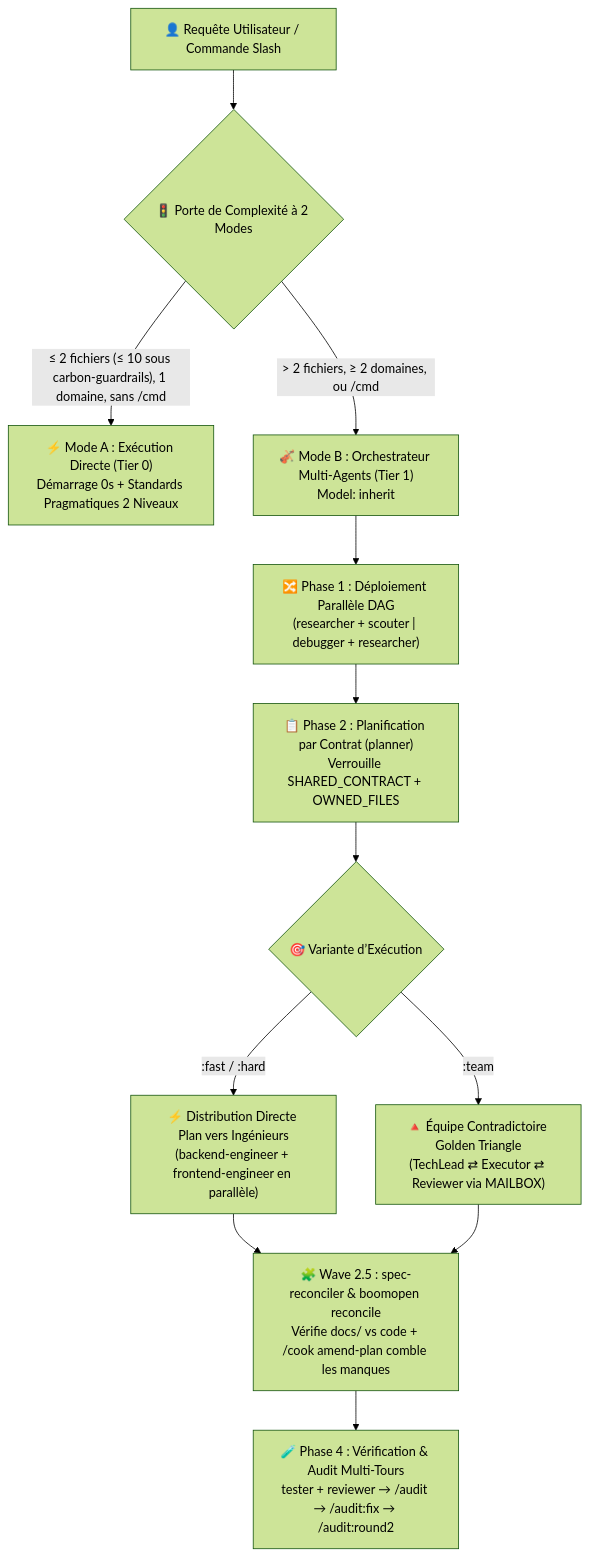
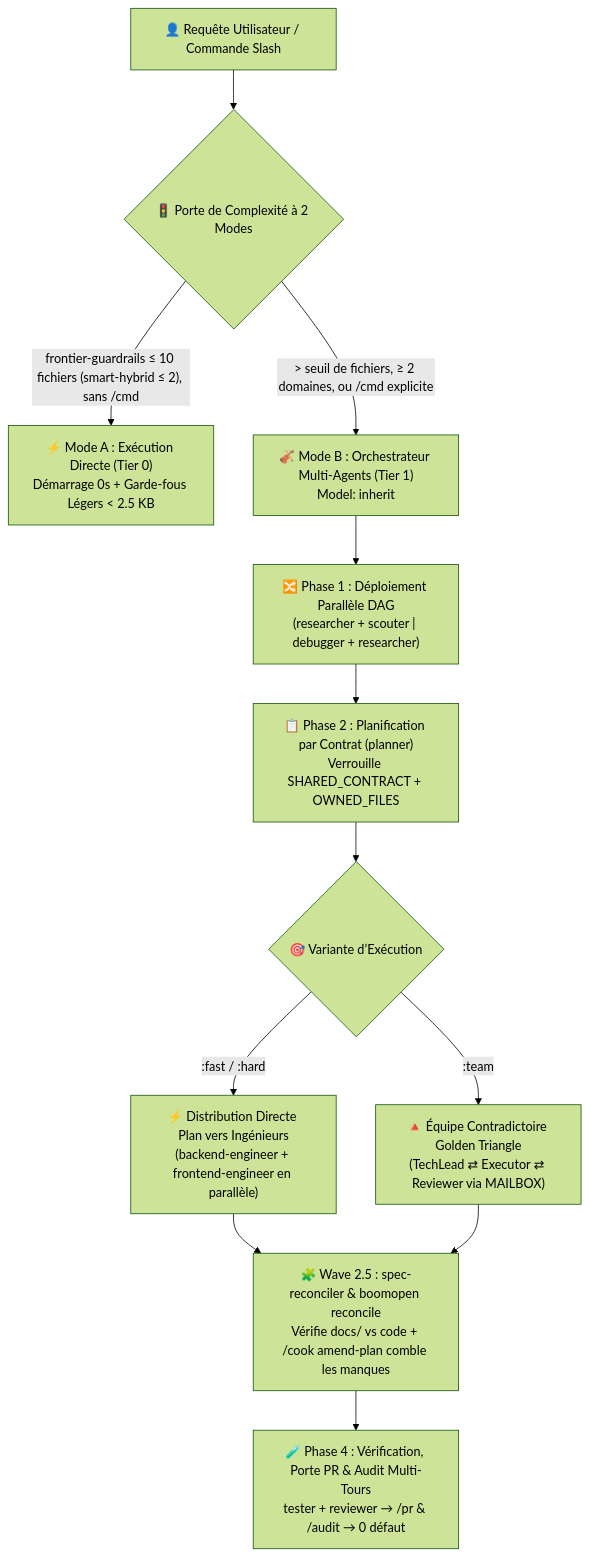
Before and after one commit to Kennyboom/BoomOpen-Workflow-Kit-Pro: the diagram in i18n/README.fr.md, drawn with Mermaid (forest theme). The commit also changed other lines of this file and 99 other files, not shown here.

````diff
--- a/i18n/README.fr.md
+++ b/i18n/README.fr.md
@@ -49,17 +57,17 @@
 ```mermaid
 flowchart TD
     User["👤 Requête Utilisateur / Commande Slash"] --> Gate{"🚦 Porte de Complexité à 2 Modes"}
-    Gate -->|"≤ 2 fichiers (≤ 10 sous carbon-guardrails), 1 domaine, sans /cmd"| ModeA["⚡ Mode A : Exécution Directe (Tier 0)<br/>Démarrage 0s + Standards Pragmatiques 2 Niveaux"]
-    Gate -->|"> 2 fichiers, ≥ 2 domaines, ou /cmd"| ModeB["🎻 Mode B : Orchestrateur Multi-Agents (Tier 1)<br/>Model: inherit"]
+    Gate -->|"frontier-guardrails ≤ 10 fichiers (smart-hybrid ≤ 2), sans /cmd"| ModeA["⚡ Mode A : Exécution Directe (Tier 0)<br/>Démarrage 0s + Garde-fous Légers < 2.5 KB"]
+    Gate -->|"> seuil de fichiers, ≥ 2 domaines, ou /cmd explicite"| ModeB["🎻 Mode B : Orchestrateur Multi-Agents (Tier 1)<br/>Model: inherit"]
 
     ModeB --> FanOut["🔀 Phase 1 : Déploiement Parallèle DAG<br/>(researcher + scouter | debugger + researcher)"]
     FanOut --> Plan["📋 Phase 2 : Planification par Contrat (planner)<br/>Verrouille SHARED_CONTRACT + OWNED_FILES"]
     Plan --> Dispatch{"🎯 Variante d’Exécution"}
 
     Dispatch -->|":fast / :hard"| Direct["⚡ Distribution Directe Plan vers Ingénieurs<br/>(backend-engineer + frontend-engineer en parallèle)"]
     Dispatch -->|":team"| Triangle["🔺 Équipe Contradictoire Golden Triangle<br/>(TechLead ⇄ Executor ⇄ Reviewer via MAILBOX)"]
 
     Direct --> Reconcile["🧩 Wave 2.5 : spec-reconciler & boomopen reconcile<br/>Vérifie docs/ vs code + /cook amend-plan comble les manques"]
     Triangle --> Reconcile
-    Reconcile --> Verify["🧪 Phase 4 : Vérification & Audit Multi-Tours<br/>tester + reviewer → /audit → /audit:fix → /audit:round2"]
+    Reconcile --> Verify["🧪 Phase 4 : Vérification, Porte PR & Audit Multi-Tours<br/>tester + reviewer → /pr & /audit → 0 défaut"]
 ```
````
